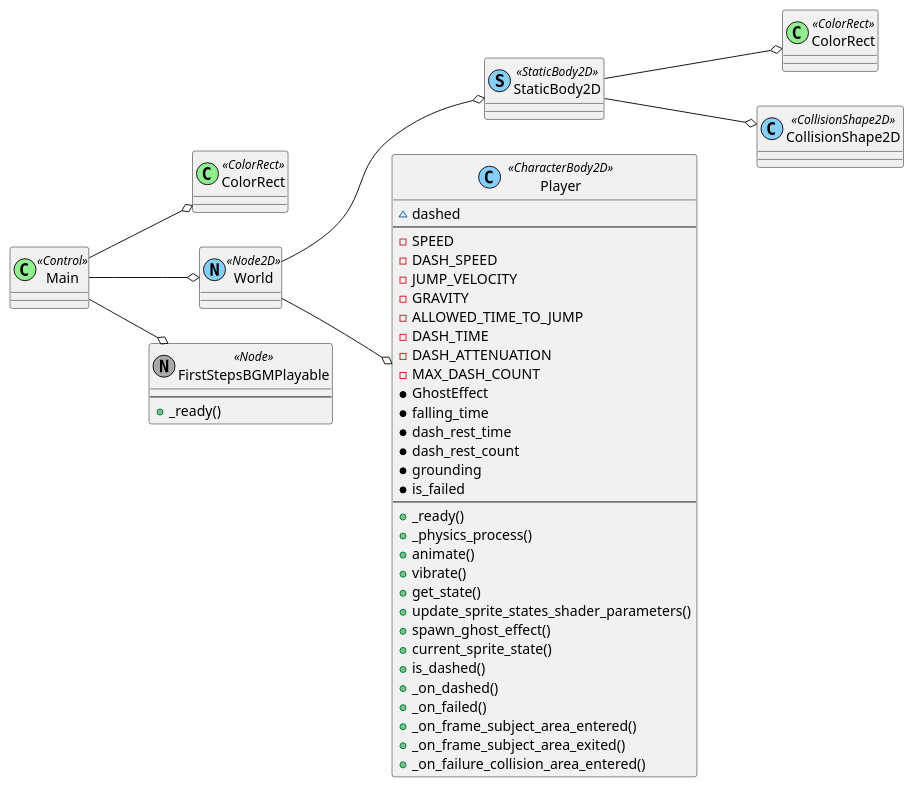
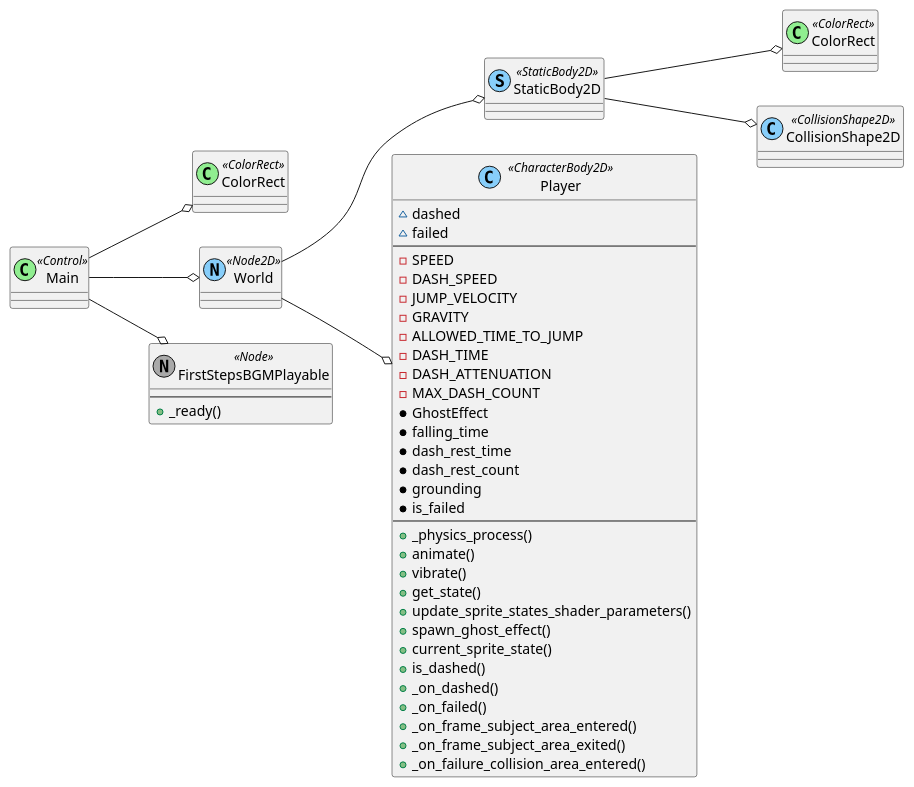
One commit to tkmfujise/Platformer-Game-Learning changed the diagram in content/scenes/src/main.tscn.adoc. Above: the diagram before and after it, drawn with PlantUML. The commit also changed 132 other files, not shown here.

```diff
--- a/content/scenes/src/main.tscn.adoc
+++ b/content/scenes/src/main.tscn.adoc
@@ -9,61 +9,61 @@
 [plantuml]
 ....
 class ROOT as "Main" <<(C,lightgreen) Control>> {
 }
 class ColorRect as "ColorRect" <<(C,lightgreen) ColorRect>> {
 }
 class World as "World" <<(N,lightskyblue) Node2D>> {
 }
 class World_StaticBody2D as "StaticBody2D" <<(S,lightskyblue) StaticBody2D>> {
 }
 class World_StaticBody2D_ColorRect as "ColorRect" <<(C,lightgreen) ColorRect>> {
 }
 class World_StaticBody2D_CollisionShape2D as "CollisionShape2D" <<(C,lightskyblue) CollisionShape2D>> {
 }
 class World_Player as "Player" <<(C,lightskyblue) CharacterBody2D>> {
   ~ dashed
+  ~ failed
 ---
   - SPEED
   - DASH_SPEED
   - JUMP_VELOCITY
   - GRAVITY
   - ALLOWED_TIME_TO_JUMP
   - DASH_TIME
   - DASH_ATTENUATION
   - MAX_DASH_COUNT
   * GhostEffect
   * falling_time
   * dash_rest_time
   * dash_rest_count
   * grounding
   * is_failed
 ---
-  + _ready()
   + _physics_process()
   + animate()
   + vibrate()
   + get_state()
   + update_sprite_states_shader_parameters()
   + spawn_ghost_effect()
   + current_sprite_state()
   + is_dashed()
   + _on_dashed()
   + _on_failed()
   + _on_frame_subject_area_entered()
   + _on_frame_subject_area_exited()
   + _on_failure_collision_area_entered()
 }
 class FirstStepsBGMPlayable as "FirstStepsBGMPlayable" <<(N,darkgray) Node>> {
 ---
   + _ready()
 }
 ROOT --o ColorRect
 ROOT --o World
 ROOT --o FirstStepsBGMPlayable
 World --o World_StaticBody2D
 World --o World_Player
 World_StaticBody2D --o World_StaticBody2D_ColorRect
 World_StaticBody2D --o World_StaticBody2D_CollisionShape2D
 left to right direction
 
 ....
```
